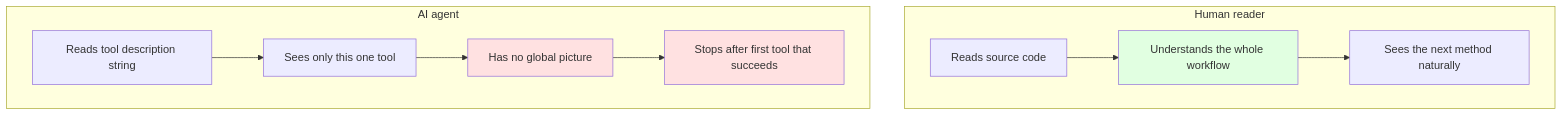
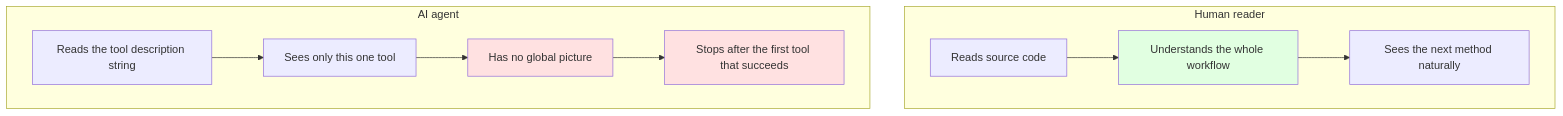
One commit to PassByYou888/LingoFuse-Tools changed the second of 3 diagrams in src/pascal_c_to_mcp/code_generate_mcp.md. Above: the diagram before and after it, drawn with Mermaid. The commit also changed other lines of this file, not shown here.

````diff
--- a/src/pascal_c_to_mcp/code_generate_mcp.md
+++ b/src/pascal_c_to_mcp/code_generate_mcp.md
@@ -565,17 +805,17 @@
 ```mermaid
 flowchart TB
     subgraph HumanReader["Human reader"]
         H1["Reads source code"] --> H2["Understands the whole workflow"]
         H2 --> H3["Sees the next method naturally"]
     end
 
     subgraph AIReader["AI agent"]
-        A1["Reads tool description string"] --> A2["Sees only this one tool"]
+        A1["Reads the tool description string"] --> A2["Sees only this one tool"]
         A2 --> A3["Has no global picture"]
-        A3 --> A4["Stops after first tool that succeeds"]
+        A3 --> A4["Stops after the first tool that succeeds"]
     end
 
     style H2 fill:#e1ffe1
     style A3 fill:#ffe1e1
     style A4 fill:#ffe1e1
 ```
````
